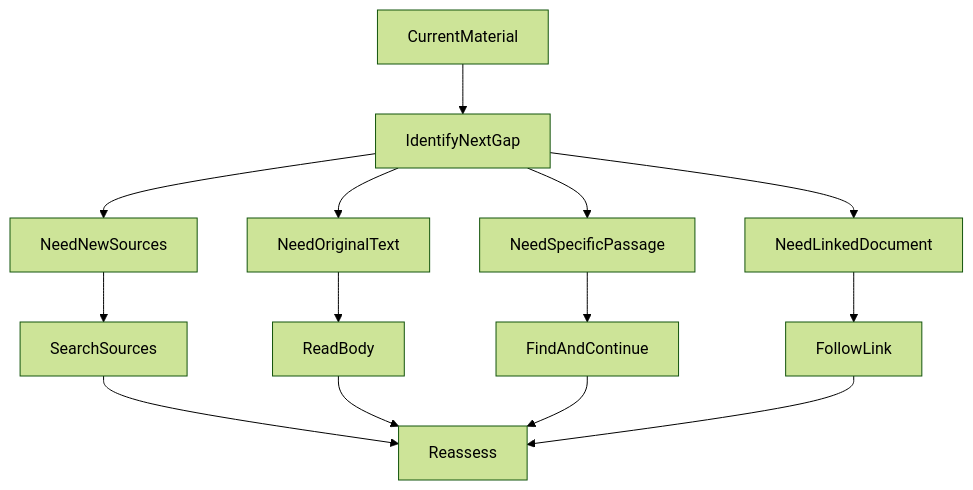
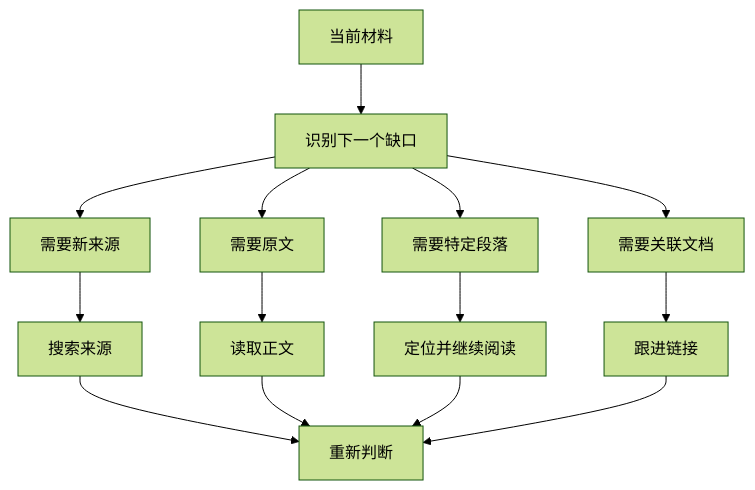
One commit to hpoenixf/eff-agent-article changed the ninth of 10 diagrams in articles/021-agent-web-research-from-search-to-deep-reading.md. Above: the diagram before and after it, drawn with Mermaid (forest theme). The commit also changed other lines of this file and 52 other files, not shown here.

Commit message:
docs: localize diagrams and clarify flagship guides

````diff
--- a/articles/021-agent-web-research-from-search-to-deep-reading.md
+++ b/articles/021-agent-web-research-from-search-to-deep-reading.md
@@ -325,16 +325,16 @@
 ```mermaid
 graph TD
-CurrentMaterial --> IdentifyNextGap
-IdentifyNextGap --> NeedNewSources
-IdentifyNextGap --> NeedOriginalText
-IdentifyNextGap --> NeedSpecificPassage
-IdentifyNextGap --> NeedLinkedDocument
-NeedNewSources --> SearchSources
-NeedOriginalText --> ReadBody
-NeedSpecificPassage --> FindAndContinue
-NeedLinkedDocument --> FollowLink
-SearchSources --> Reassess
+CurrentMaterial["当前材料"] --> IdentifyNextGap["识别下一个缺口"]
+IdentifyNextGap --> NeedNewSources["需要新来源"]
+IdentifyNextGap --> NeedOriginalText["需要原文"]
+IdentifyNextGap --> NeedSpecificPassage["需要特定段落"]
+IdentifyNextGap --> NeedLinkedDocument["需要关联文档"]
+NeedNewSources --> SearchSources["搜索来源"]
+NeedOriginalText --> ReadBody["读取正文"]
+NeedSpecificPassage --> FindAndContinue["定位并继续阅读"]
+NeedLinkedDocument --> FollowLink["跟进链接"]
+SearchSources --> Reassess["重新判断"]
 ReadBody --> Reassess
 FindAndContinue --> Reassess
 FollowLink --> Reassess
 ```
````
